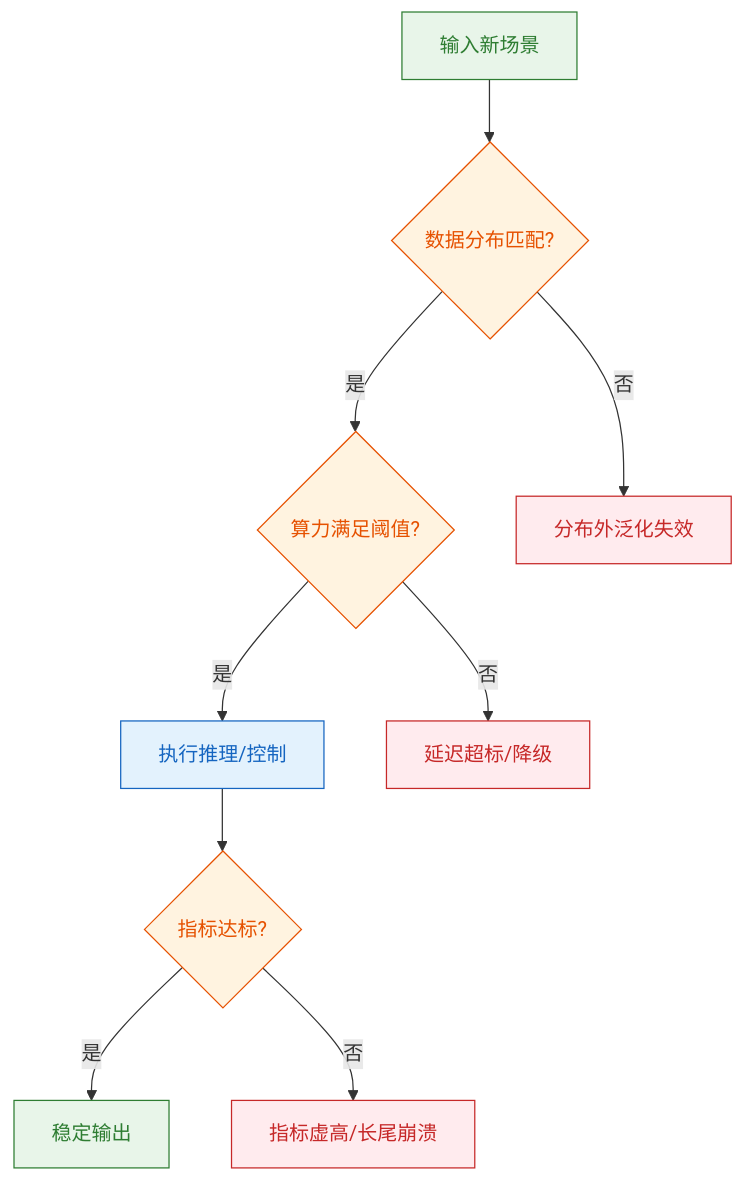
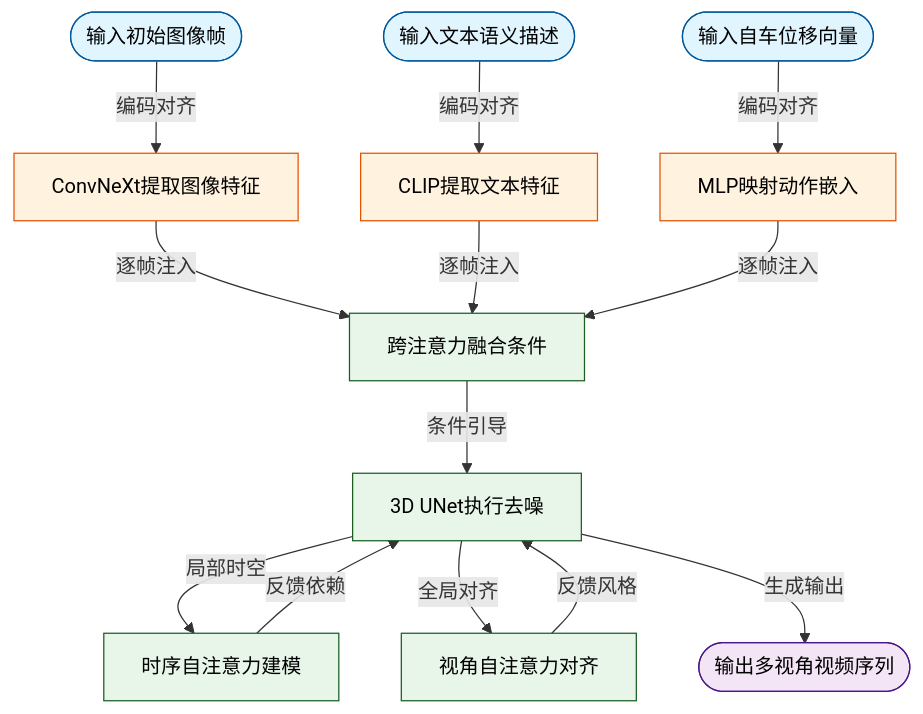
One commit to ShinewineW/paper-rolling changed the ninth of 11 diagrams in person_vault/2026-06-08_DrivingIntoTheFuture_2311.17918/report.md. Above: the diagram before and after it, drawn with Mermaid. The commit also changed other lines of this file and 51 other files, not shown here.

````diff
--- a/person_vault/2026-06-08_DrivingIntoTheFuture_2311.17918/report.md
+++ b/person_vault/2026-06-08_DrivingIntoTheFuture_2311.17918/report.md
@@ -435,18 +545,35 @@
 ```mermaid
 flowchart TD
-    classDef start fill:#e8f5e9,color:#2e7d32,stroke:#2e7d32;
-    classDef decision fill:#fff3e0,color:#e65100,stroke:#e65100;
-    classDef data fill:#e3f2fd,color:#1565c0,stroke:#1565c0;
-    classDef fail fill:#ffebee,color:#c62828,stroke:#c62828;
-    
-    start_node["输入新场景"]:::start --> check_dist{数据分布匹配?}:::decision
-    check_dist -->|是| check_compute{算力满足阈值?}:::decision
-    check_dist -->|否| fail_ood["分布外泛化失效"]:::fail
-    
-    check_compute -->|是| run_model["执行推理/控制"]:::data
-    check_compute -->|否| fail_latency["延迟超标/降级"]:::fail
-    
-    run_model --> check_metric{指标达标?}:::decision
-    check_metric -->|是| success["稳定输出"]:::start
-    check_metric -->|否| fail_cherry["指标虚高/长尾崩溃"]:::fail
+    classDef cond fill:#e1f5fe,stroke:#01579b,color:#000;
+    classDef enc fill:#fff3e0,stroke:#e65100,color:#000;
+    classDef core fill:#e8f5e9,stroke:#1b5e20,color:#000;
+    classDef out fill:#f3e5f5,stroke:#4a148c,color:#000;
+
+    img_cond(["输入初始图像帧"]):::cond
+    txt_cond(["输入文本语义描述"]):::cond
+    act_cond(["输入自车位移向量"]):::cond
+
+    convnext["ConvNeXt提取图像特征"]:::enc
+    clip["CLIP提取文本特征"]:::enc
+    mlp["MLP映射动作嵌入"]:::enc
+
+    cross_attn["跨注意力融合条件"]:::core
+    unet_3d["3D UNet执行去噪"]:::core
+    temp_attn["时序自注意力建模"]:::core
+    view_attn["视角自注意力对齐"]:::core
+
+    video_out(["输出多视角视频序列"]):::out
+
+    img_cond -->|编码对齐| convnext
+    txt_cond -->|编码对齐| clip
+    act_cond -->|编码对齐| mlp
+    convnext -->|逐帧注入| cross_attn
+    clip -->|逐帧注入| cross_attn
+    mlp -->|逐帧注入| cross_attn
+    cross_attn -->|条件引导| unet_3d
+    unet_3d -->|局部时空| temp_attn
+    unet_3d -->|全局对齐| view_attn
+    temp_attn -->|反馈依赖| unet_3d
+    view_attn -->|反馈风格| unet_3d
+    unet_3d -->|生成输出| video_out
 ```
````
